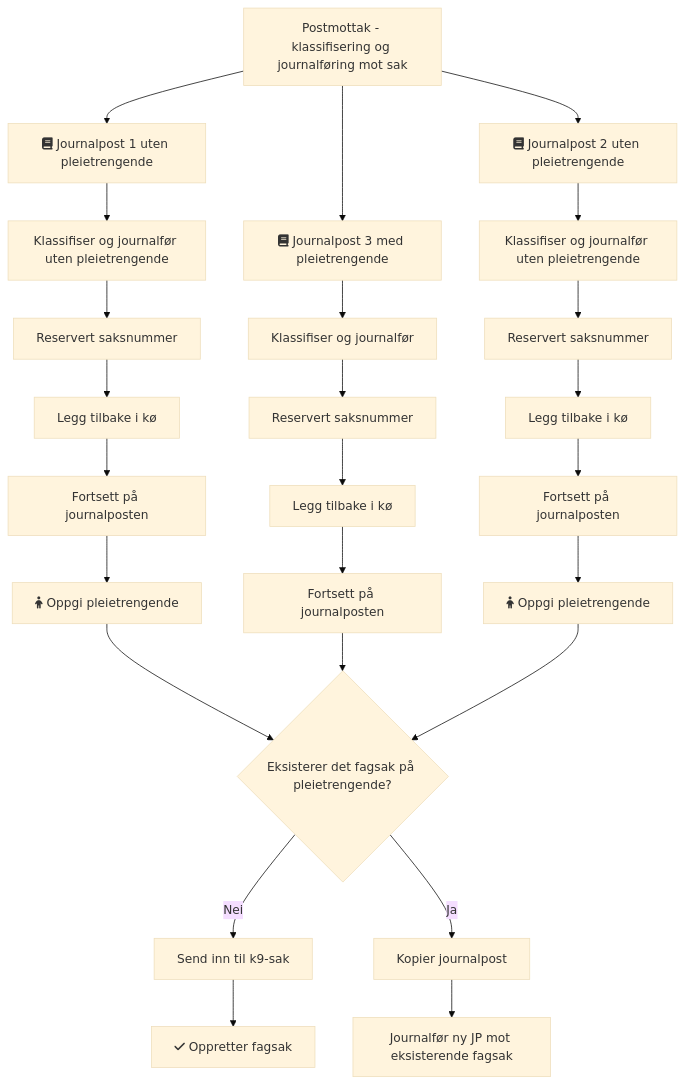
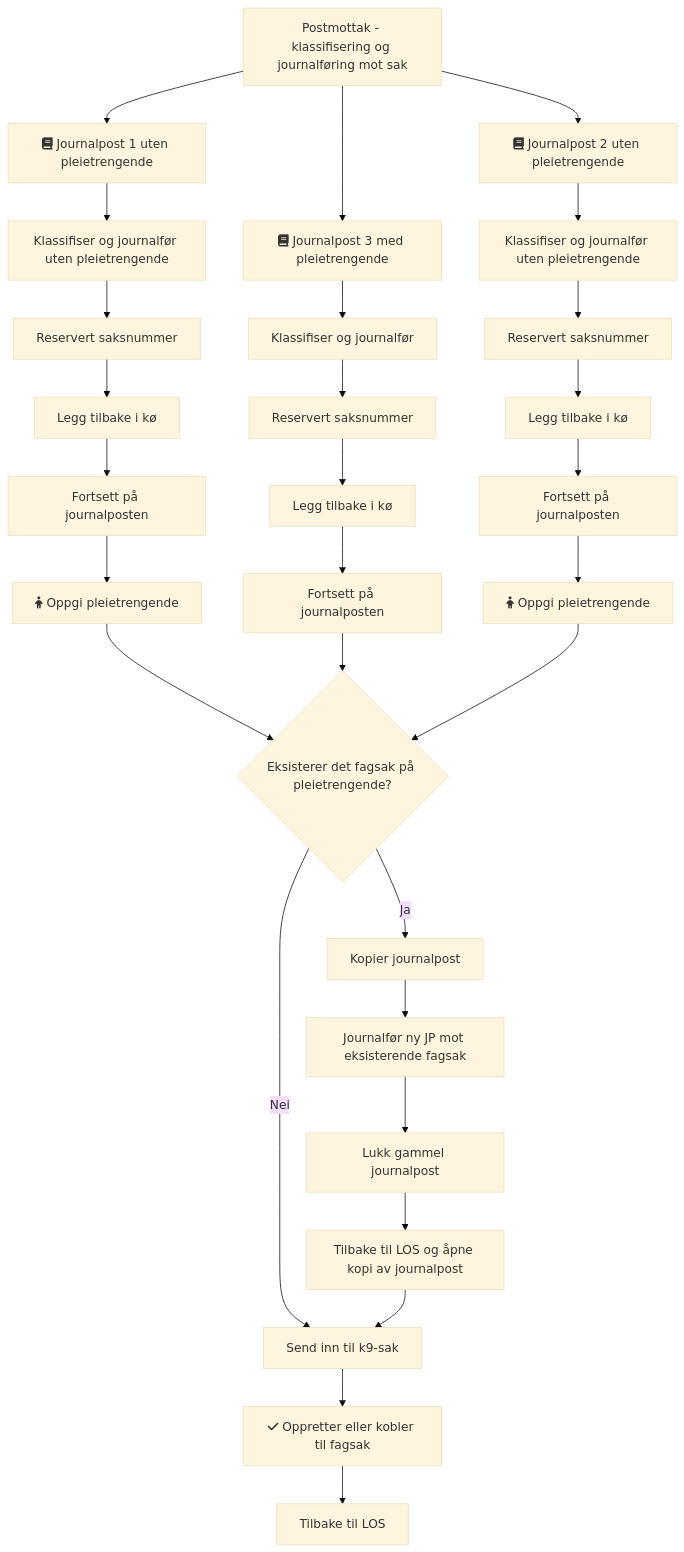
One commit to navikt/k9-punsj changed the diagram in README.md. Above: the diagram before and after it, drawn with Mermaid (base theme).

Commit message:
Oppdaterer flytdiagram for postmottak.

````diff
--- a/README.md
+++ b/README.md
@@ -11,28 +11,33 @@
 ```mermaid
 flowchart TD
     P[Postmottak - klassifisering og journalføring mot sak]
     P --> JP1[fa:fa-book Journalpost 1 uten pleietrengende]
     JP1 --> JP1A[Klassifiser og journalfør uten pleietrengende]
     JP1A --> JP1B[Reservert saksnummer]
     JP1B --> JP1C[Legg tilbake i kø]
     JP1C --> JP1D[Fortsett på journalposten]
     JP1D --> JP1E[fa:fa-child Oppgi pleietrengende]
     JP1E --> FS1
     P --> JP2[fa:fa-book Journalpost 2 uten pleietrengende]
     JP2 --> JP2A[Klassifiser og journalfør uten pleietrengende]
     JP2A --> JP2B[Reservert saksnummer]
     JP2B --> JP2C[Legg tilbake i kø]
     JP2C --> JP2D[Fortsett på journalposten]
     JP2D --> JP2E[fa:fa-child Oppgi pleietrengende]
     FS1 -->|Nei| JP2F[Send inn til k9-sak]
-    JP2F --> JP2G[fa:fa-check Oppretter fagsak]
+    JP2F --> JP2G[fa:fa-check Oppretter eller kobler til fagsak]
     P --> JP3[fa:fa-book Journalpost 3 med pleietrengende]
     JP3 --> JP3A[Klassifiser og journalfør]
     JP3A --> JP3B[Reservert saksnummer]
     JP3B --> JP3C[Legg tilbake i kø]
     JP3C --> JP3D[Fortsett på journalposten]
     JP3D --> FS1
     JP2E --> FS1{Eksisterer det fagsak på pleietrengende?}
     FS1 -->|Ja| JP2H[Kopier journalpost]
     JP2H --> JP2I[Journalfør ny JP mot eksisterende fagsak]
+    JP2I --> JP12J[Lukk gammel journalpost]
+    JP12J --> JP_KOPI_LOS[Tilbake til LOS og åpne kopi av journalpost]
+    JP_KOPI_LOS --> JP2F
+    
+    JP2G --> LOS[Tilbake til LOS]
 ```
````
